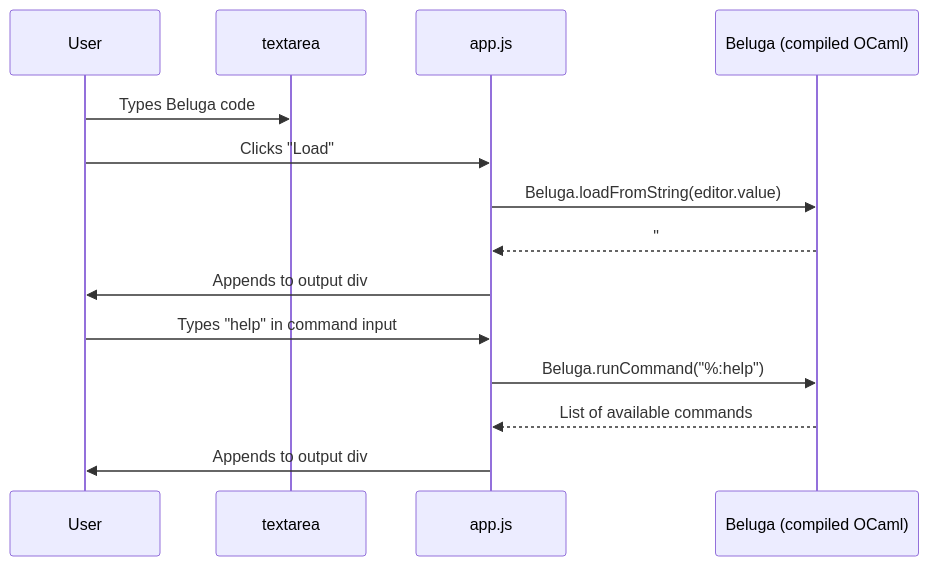
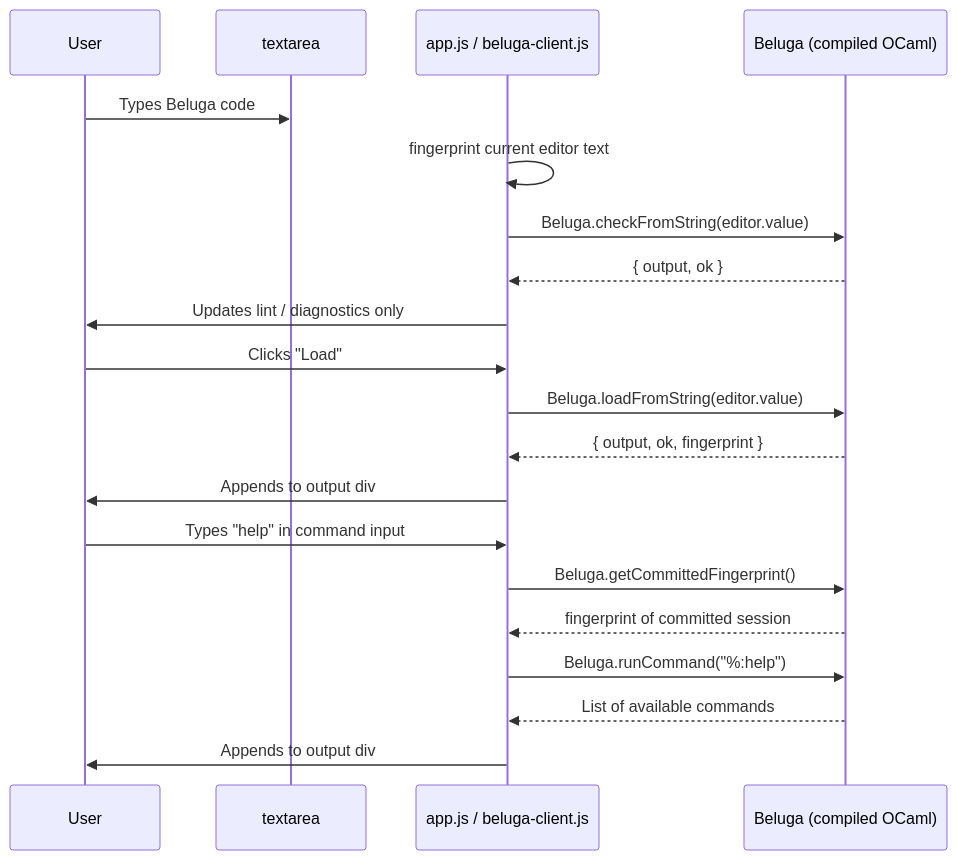
One commit to dpbarry/bel-jar changed the second of 2 diagrams in _rebuild/RECIPE.md. Above: the diagram before and after it, drawn with Mermaid. The commit also changed other lines of this file and 80 other files, not shown here.

````diff
--- a/_rebuild/RECIPE.md
+++ b/_rebuild/RECIPE.md
@@ -426,18 +413,25 @@
 ```mermaid
 sequenceDiagram
     participant User
     participant Editor as textarea#editor
-    participant JS as app.js
+    participant JS as app.js / beluga-client.js
     participant Bel as Beluga (compiled OCaml)
 
     User->>Editor: Types Beluga code
+    JS->>JS: fingerprint current editor text
+    JS->>Bel: Beluga.checkFromString(editor.value)
+    Bel-->>JS: { output, ok }
+    JS->>User: Updates lint / diagnostics only
+
     User->>JS: Clicks "Load"
     JS->>Bel: Beluga.loadFromString(editor.value)
-    Bel-->>JS: "## Type Reconstruction begin... done ##"
+    Bel-->>JS: { output, ok, fingerprint }
     JS->>User: Appends to output div
 
     User->>JS: Types "help" in command input
+    JS->>Bel: Beluga.getCommittedFingerprint()
+    Bel-->>JS: fingerprint of committed session
     JS->>Bel: Beluga.runCommand("%:help")
     Bel-->>JS: List of available commands
     JS->>User: Appends to output div
 ```
````
